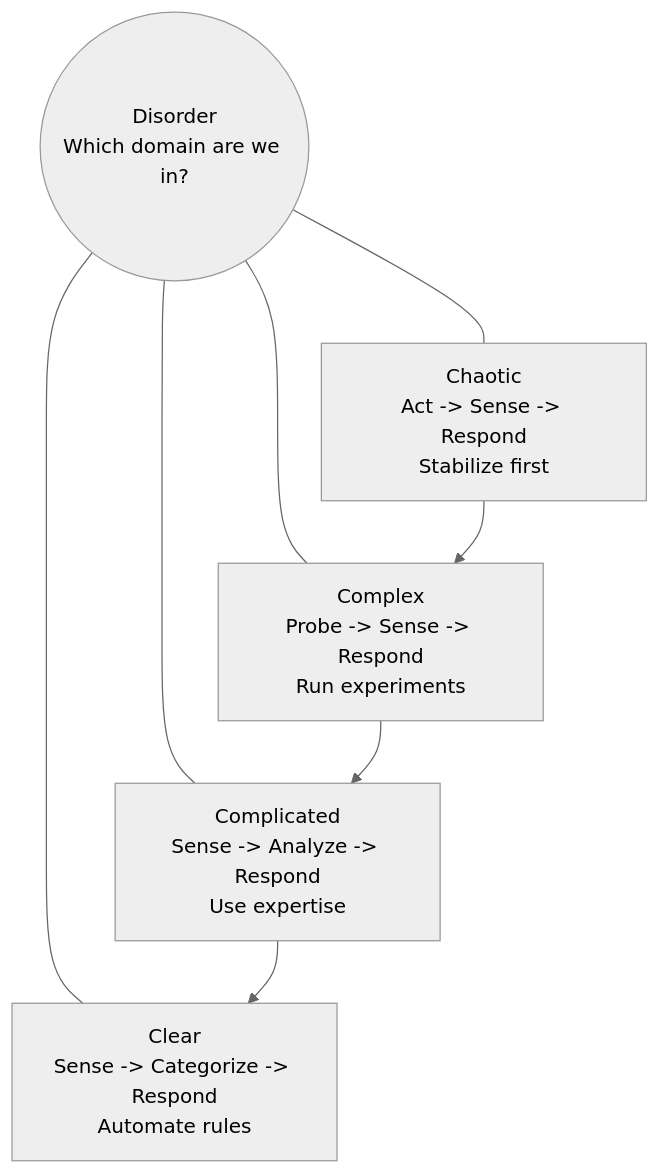
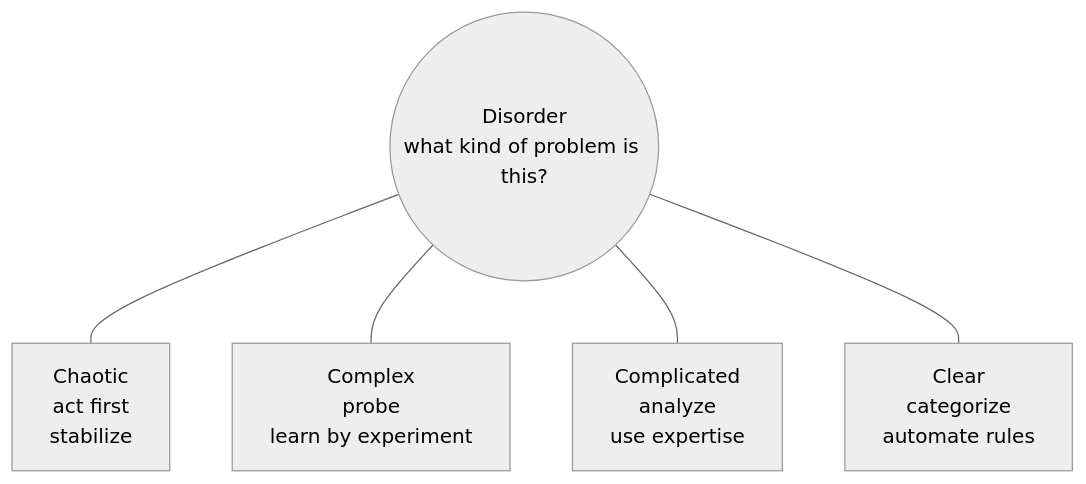
Before and after one commit to santos-sanz/agents-for-pm-nova: the diagram in slides.md, drawn with Mermaid (neutral theme). The commit also changed other lines of this file and 3 other files, not shown here.

````diff
--- a/slides.md
+++ b/slides.md
@@ -73,17 +95,13 @@
 ```mermaid
 flowchart TB
-  center(("Disorder<br/>Which domain are we in?"))
-  chaotic["Chaotic<br/>Act -> Sense -> Respond<br/>Stabilize first"]
-  complex["Complex<br/>Probe -> Sense -> Respond<br/>Run experiments"]
-  complicated["Complicated<br/>Sense -> Analyze -> Respond<br/>Use expertise"]
-  clear["Clear<br/>Sense -> Categorize -> Respond<br/>Automate rules"]
+  center(("Disorder<br/>what kind of problem is this?"))
+  chaotic["Chaotic<br/>act first<br/>stabilize"]
+  complex["Complex<br/>probe<br/>learn by experiment"]
+  complicated["Complicated<br/>analyze<br/>use expertise"]
+  clear["Clear<br/>categorize<br/>automate rules"]
 
   center --- chaotic
   center --- complex
   center --- complicated
   center --- clear
-
-  chaotic --> complex
-  complex --> complicated
-  complicated --> clear
 ```
````
